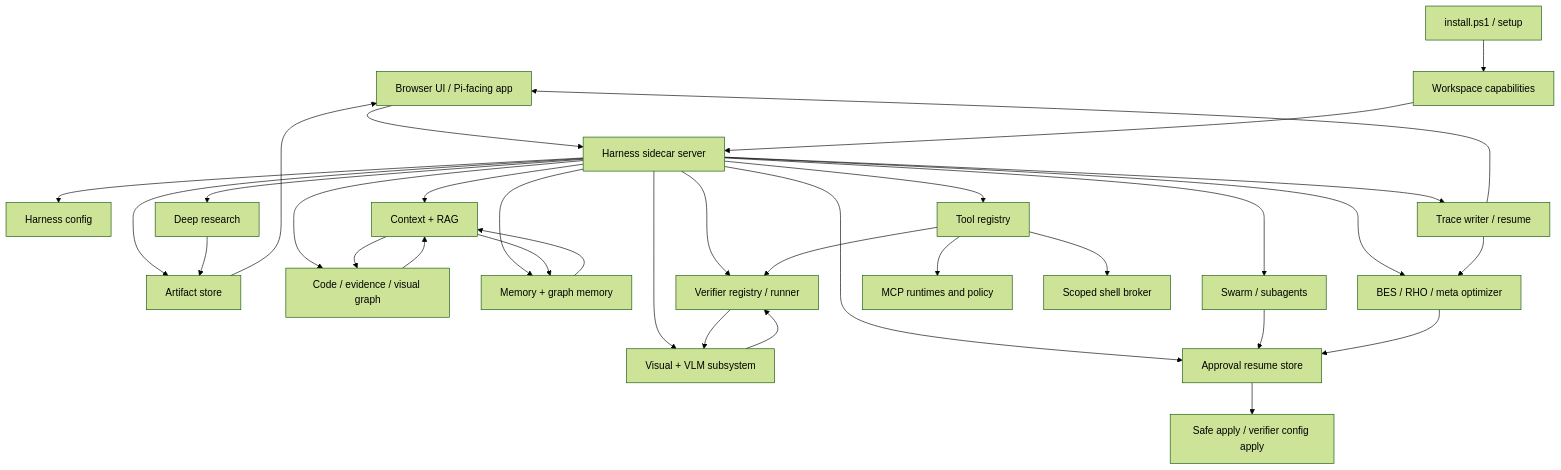
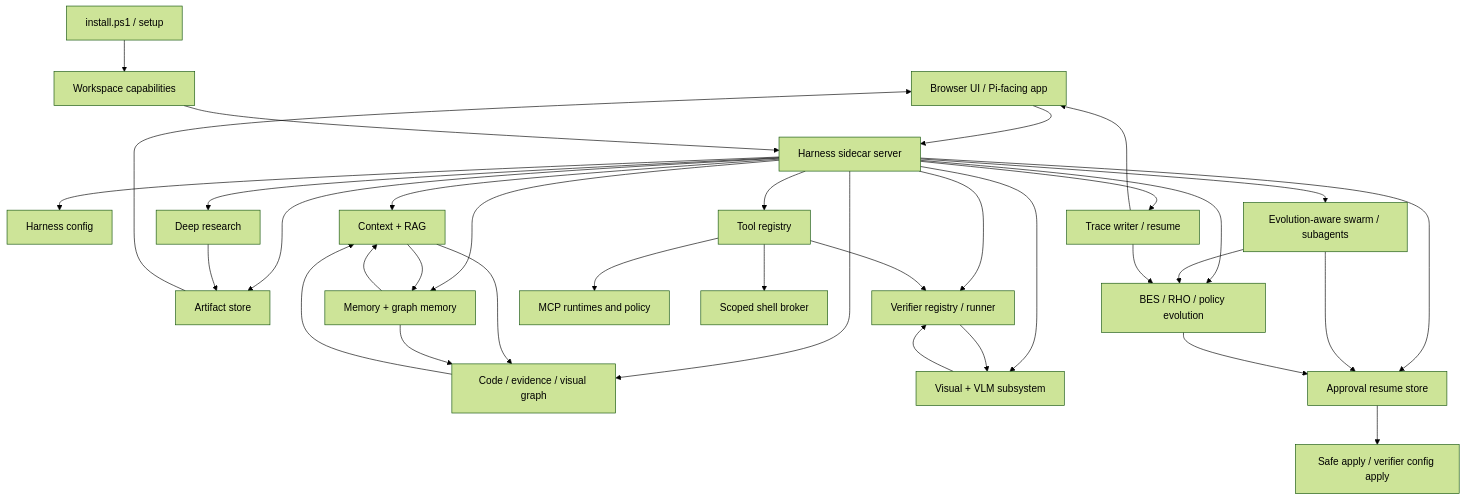
Before and after one commit to PhantomG27249/helios-forge: the first of 6 diagrams in docs/architecture/feature-architecture-map.md, drawn with Mermaid (forest theme). The commit also changed other lines of this file, not shown here.

Commit message:
docs: update feature architecture for evolution upgrades

````diff
--- a/docs/architecture/feature-architecture-map.md
+++ b/docs/architecture/feature-architecture-map.md
@@ -20,39 +20,41 @@
 ```mermaid
 flowchart TD
   UI["Browser UI / Pi-facing app"] --> Server["Harness sidecar server"]
   Installer["install.ps1 / setup"] --> Capabilities["Workspace capabilities"]
   Capabilities --> Server
 
   Server --> Config["Harness config"]
   Server --> Trace["Trace writer / resume"]
   Server --> Artifacts["Artifact store"]
   Server --> Tools["Tool registry"]
   Server --> Context["Context + RAG"]
   Server --> Graph["Code / evidence / visual graph"]
   Server --> Memory["Memory + graph memory"]
   Server --> Research["Deep research"]
-  Server --> Swarm["Swarm / subagents"]
+  Server --> Swarm["Evolution-aware swarm / subagents"]
   Server --> VLM["Visual + VLM subsystem"]
   Server --> Verifiers["Verifier registry / runner"]
-  Server --> Meta["BES / RHO / meta optimizer"]
+  Server --> Meta["BES / RHO / policy evolution"]
   Server --> Approvals["Approval resume store"]
 
   Tools --> MCP["MCP runtimes and policy"]
   Tools --> Shell["Scoped shell broker"]
   Tools --> Verifiers
   Verifiers --> VLM
   VLM --> Verifiers
 
   Context --> Graph
   Context --> Memory
   Graph --> Context
   Memory --> Context
+  Memory --> Graph
   Research --> Artifacts
+  Swarm --> Meta
   Swarm --> Approvals
   Meta --> Approvals
   Approvals --> SafeApply["Safe apply / verifier config apply"]
 
   Trace --> Meta
   Trace --> UI
   Artifacts --> UI
 ```
````
